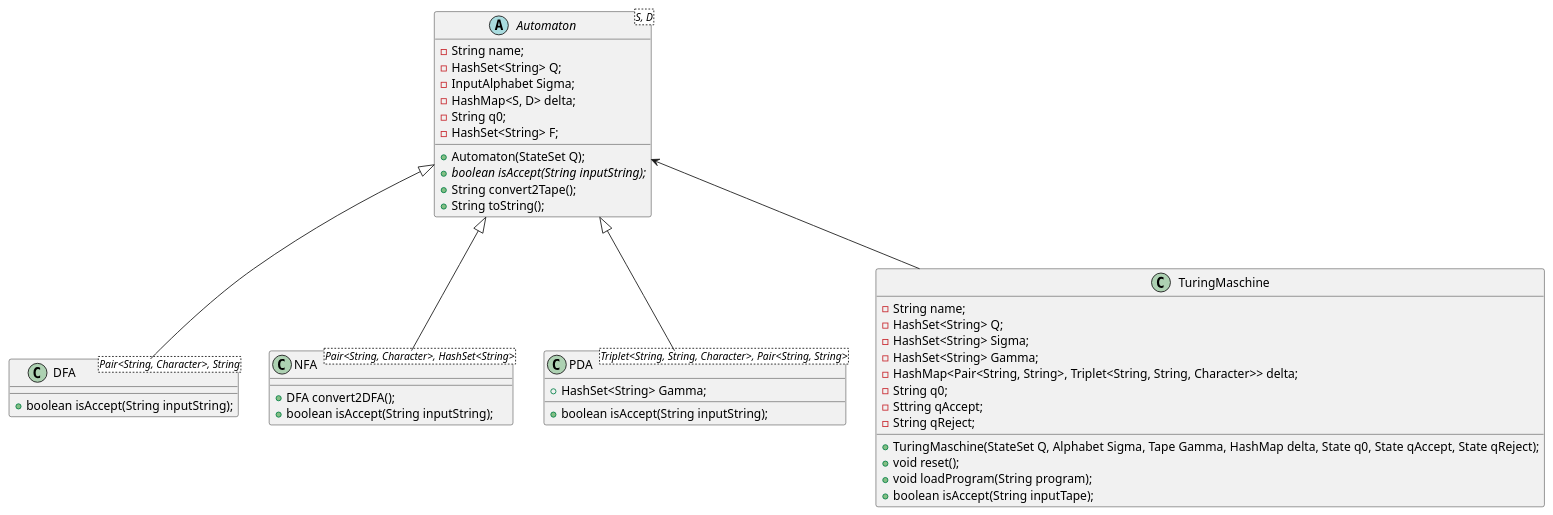
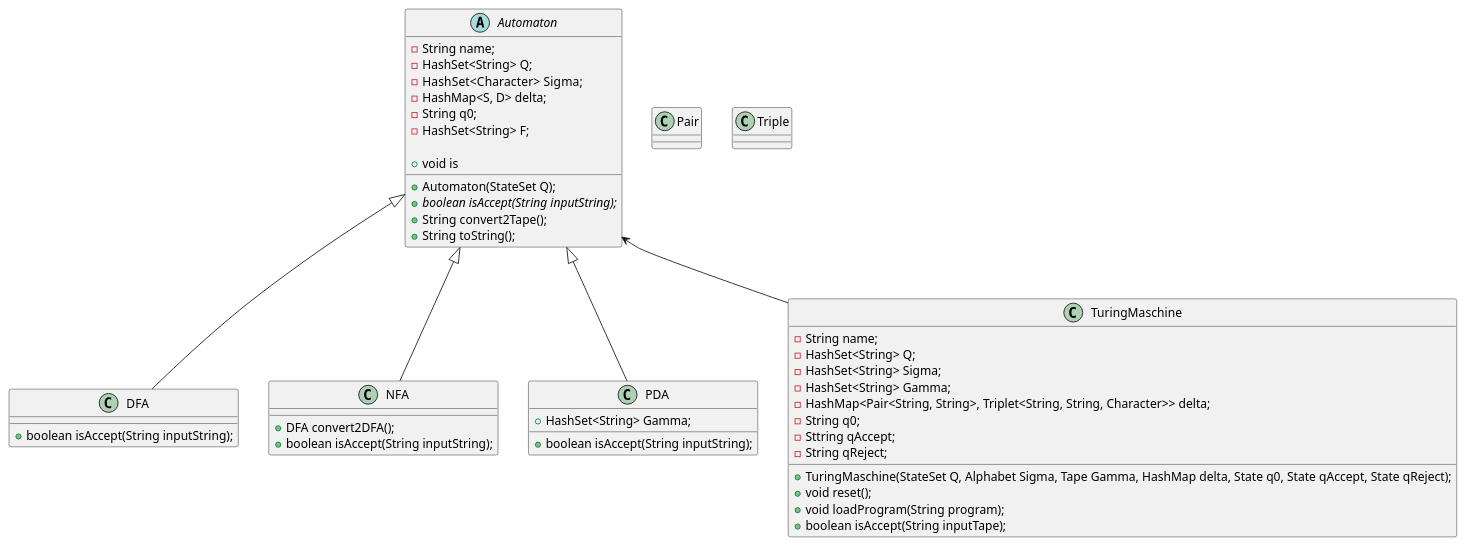
Before and after one commit to okn-yu/ComputationalComplexityTheory: the diagram in Automaton.puml, drawn with PlantUML. The commit also changed 12 other files, not shown here.

```diff
--- a/Automaton.puml
+++ b/Automaton.puml
@@ -1,53 +1,60 @@
 @startuml
 
-abstract Automaton<S, D>{
+abstract Automaton {
 - String name;
 - HashSet<String> Q;
-- InputAlphabet Sigma;
+- HashSet<Character>  Sigma;
 - HashMap<S, D> delta;
 - String q0;
 - HashSet<String> F;
 
 + Automaton(StateSet Q);
++ void is
 + {abstract} boolean isAccept(String inputString);
 + String convert2Tape();
 + String toString();
 
 }
 
 Automaton <|-- DFA
-class DFA<Pair<String, Character>, String>{
+class DFA {
 + boolean isAccept(String inputString);
 }
 
 Automaton <|-- NFA
-class NFA<Pair<String, Character>, HashSet<String>>{
+class NFA {
 + DFA convert2DFA();
 + boolean isAccept(String inputString);
 }
 
 Automaton <|-- PDA
-class PDA<Triplet<String, String, Character>, Pair<String, String>>{
+class PDA {
 + HashSet<String> Gamma;
 + boolean isAccept(String inputString);
 }
 
 Automaton <-- TuringMaschine
 
 class TuringMaschine{
 - String name;
 - HashSet<String> Q;
 - HashSet<String> Sigma;
 - HashSet<String> Gamma;
 - HashMap<Pair<String, String>, Triplet<String, String, Character>> delta;
 - String q0;
 - Sttring qAccept;
 - String qReject;
 
 + TuringMaschine(StateSet Q, Alphabet Sigma, Tape Gamma, HashMap delta, State q0, State qAccept, State qReject);
 + void reset();
 + void loadProgram(String program);
 + boolean isAccept(String inputTape);
 }
 
+class Pair {
+}
+
+class Triple {
+}
+
 @enduml
```
